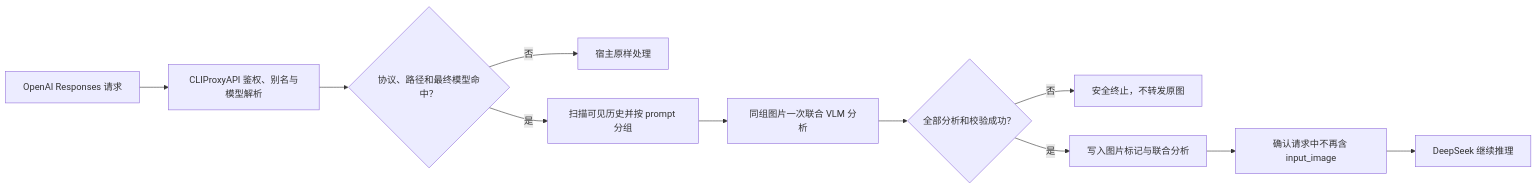
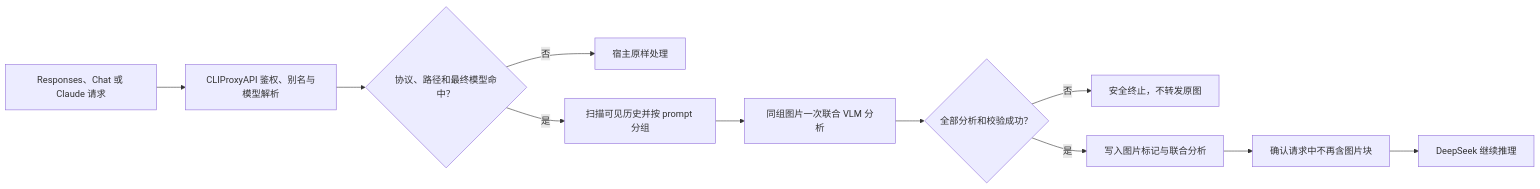
One commit to Eostrehold/Plugin-Deepseek-Vision changed the diagram in README.md. Above: the diagram before and after it, drawn with Mermaid. The commit also changed other lines of this file and 21 other files, not shown here.

````diff
--- a/README.md
+++ b/README.md
@@ -59,13 +60,13 @@
 ```mermaid
 flowchart LR
-    A["OpenAI Responses 请求"] --> B["CLIProxyAPI 鉴权、别名与模型解析"]
+    A["Responses、Chat 或 Claude 请求"] --> B["CLIProxyAPI 鉴权、别名与模型解析"]
     B --> C{"协议、路径和最终模型命中？"}
     C -- "否" --> D["宿主原样处理"]
     C -- "是" --> E["扫描可见历史并按 prompt 分组"]
     E --> F["同组图片一次联合 VLM 分析"]
     F --> G{"全部分析和校验成功？"}
     G -- "否" --> H["安全终止，不转发原图"]
     G -- "是" --> I["写入图片标记与联合分析"]
-    I --> J["确认请求中不再含 input_image"]
+    I --> J["确认请求中不再含图片块"]
     J --> K["DeepSeek 继续推理"]
 ```
````
